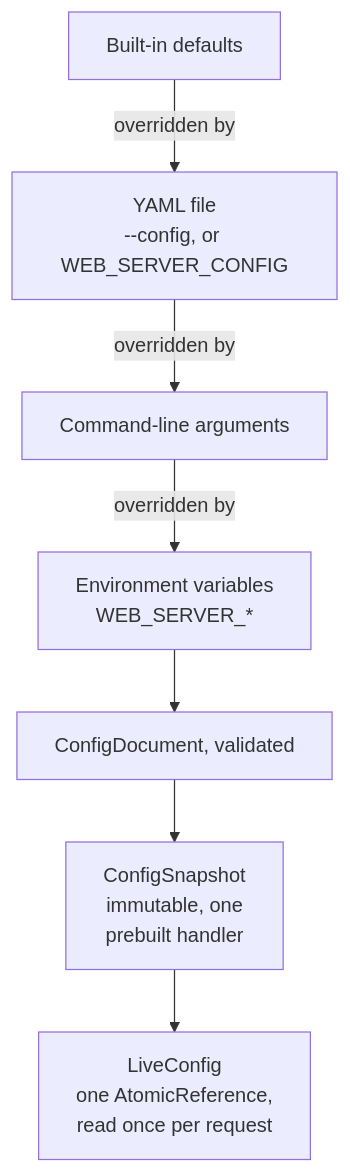
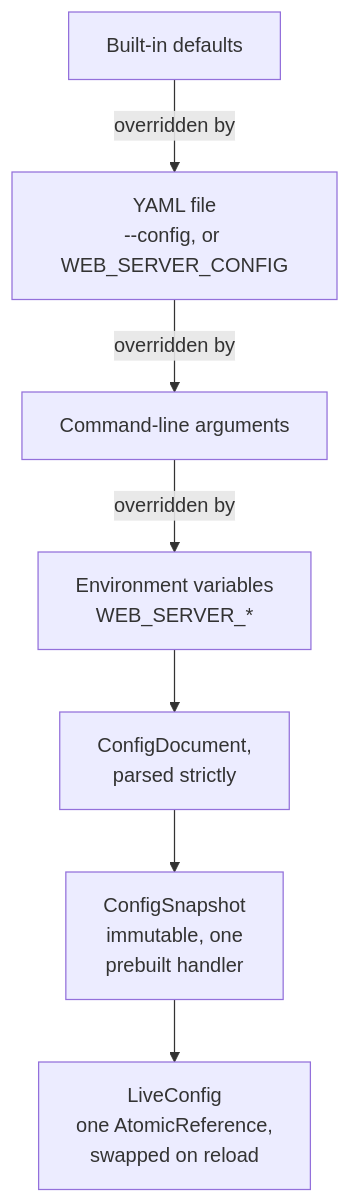
Before and after one commit to BlivionIaG/sjws_nettask: the first of 3 diagrams in docs/user/config-file.md, drawn with Mermaid. The commit also changed other lines of this file and 14 other files, not shown here.

````diff
--- a/docs/user/config-file.md
+++ b/docs/user/config-file.md
@@ -18,9 +18,9 @@
 ```mermaid
 flowchart TB
     d["Built-in defaults"] -->|"overridden by"| f["YAML file<br/>--config, or WEB_SERVER_CONFIG"]
     f -->|"overridden by"| a["Command-line arguments"]
     a -->|"overridden by"| e["Environment variables<br/>WEB_SERVER_*"]
-    e --> doc["ConfigDocument, validated"]
+    e --> doc["ConfigDocument,<br/>parsed strictly"]
     doc --> snap["ConfigSnapshot<br/>immutable, one<br/>prebuilt handler"]
-    snap --> live["LiveConfig<br/>one AtomicReference,<br/>read once per request"]
+    snap --> live["LiveConfig<br/>one AtomicReference,<br/>swapped on reload"]
 ```
````
